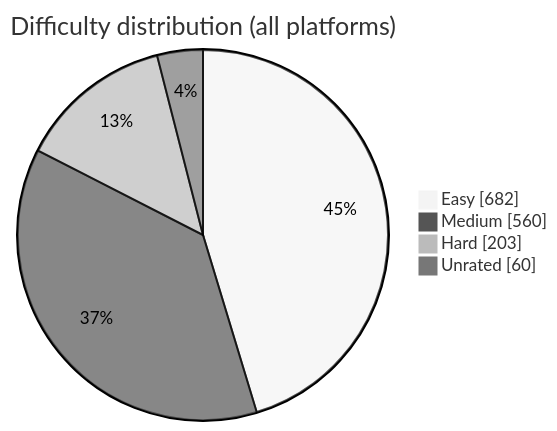
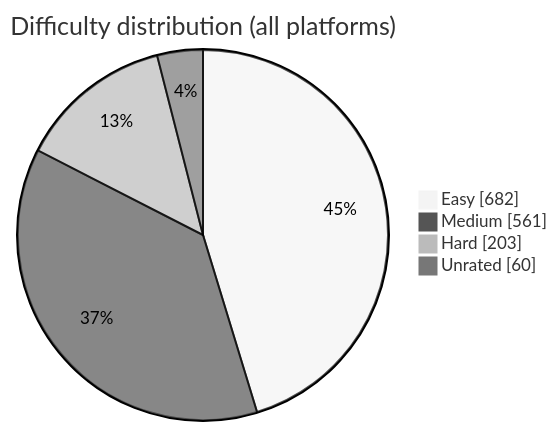
The diagram in README.md (BuildbyArindam/Daily-Coding-Log), drawn with Mermaid (neutral theme) before and after one commit. The commit also changed other lines of this file, not shown here.

````diff
--- a/README.md
+++ b/README.md
@@ -93,7 +93,7 @@
 ```mermaid
 pie showData title Difficulty distribution (all platforms)
     "Easy" : 682
-    "Medium" : 560
+    "Medium" : 561
     "Hard" : 203
     "Unrated" : 60
 ```
````
